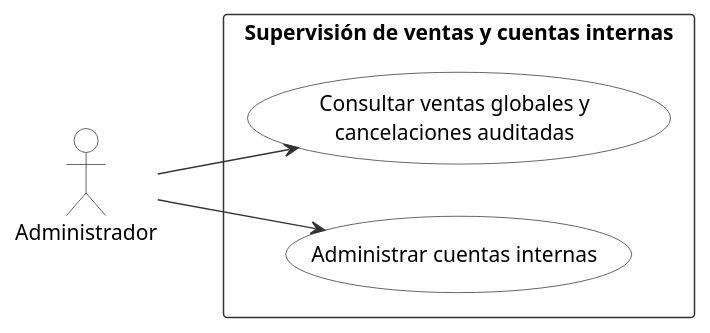
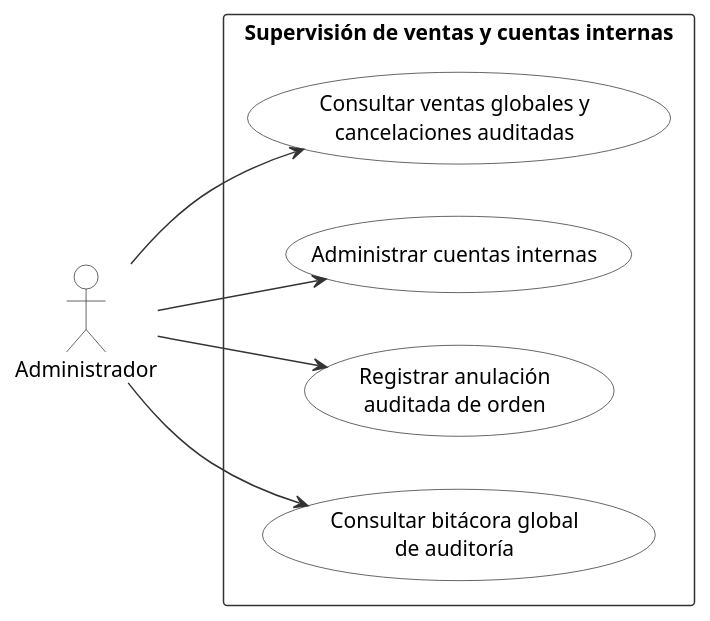
One commit to AntonioVargas97/Teatro changed the diagram in docs/diagramas-uml/diagramas-de-caso-uso/09_supervision_ventas_y_cuentas.puml. Above: the diagram before and after it, drawn with PlantUML. The commit also changed 9 other files, not shown here.

First line of the commit message:
docs(uml): refine use case diagrams and add internal accounts

```diff
--- a/docs/diagramas-uml/diagramas-de-caso-uso/09_supervision_ventas_y_cuentas.puml
+++ b/docs/diagramas-uml/diagramas-de-caso-uso/09_supervision_ventas_y_cuentas.puml
@@ -1,26 +1,30 @@
 @startuml 09_supervision_ventas_y_cuentas
 skinparam shadowing false
 skinparam usecase {
   BackgroundColor #FFFFFF
   BorderColor #333333
 }
 skinparam actor {
   BackgroundColor #FFFFFF
   BorderColor #333333
 }
 skinparam rectangle {
   BackgroundColor #FFFFFF
   BorderColor #333333
 }
 skinparam ArrowColor #333333
 left to right direction
 actor "Administrador" as A
 
 rectangle "Supervisión de ventas y cuentas internas" {
   usecase "Consultar ventas globales y\ncancelaciones auditadas" as UC1
   usecase "Administrar cuentas internas" as UC2
+  usecase "Registrar anulación\nauditada de orden" as UC3
+  usecase "Consultar bitácora global\nde auditoría" as UC4
 }
 
 A --> UC1
 A --> UC2
+A --> UC3
+A --> UC4
 @enduml
```
